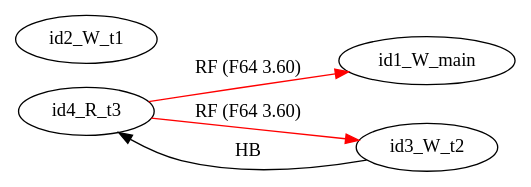
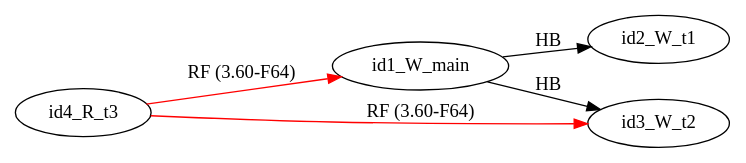
One commit to FMJS/EMME changed the diagram in examples/single_var/sv_simple09/mm3.dot. Above: the diagram before and after it, drawn with Graphviz. The commit also changed 242 other files, not shown here.

```diff
--- a/examples/single_var/sv_simple09/mm3.dot
+++ b/examples/single_var/sv_simple09/mm3.dot
@@ -1,11 +1,12 @@
 digraph memory_model {
 rankdir=LR;
 splines=true; esep=0.5;
-id4_R_t3 -> id1_W_main [label = "RF (F64 3.60)", color="red"];
-id4_R_t3 -> id3_W_t2 [label = "RF (F64 3.60)", color="red"];
-id3_W_t2 -> id4_R_t3 [label = "HB", color="black"];
+id4_R_t3 -> id1_W_main [label = "RF (3.60-F64)", color="red"];
+id4_R_t3 -> id3_W_t2 [label = "RF (3.60-F64)", color="red"];
+id1_W_main -> id2_W_t1 [label = "HB", color="black"];
+id1_W_main -> id3_W_t2 [label = "HB", color="black"];
 id1_W_main [pos="5.0,2!"]
 id2_W_t1 [pos="0,0!"]
 id3_W_t2 [pos="5,0!"]
 id4_R_t3 [pos="10,0!"]
 }
```
